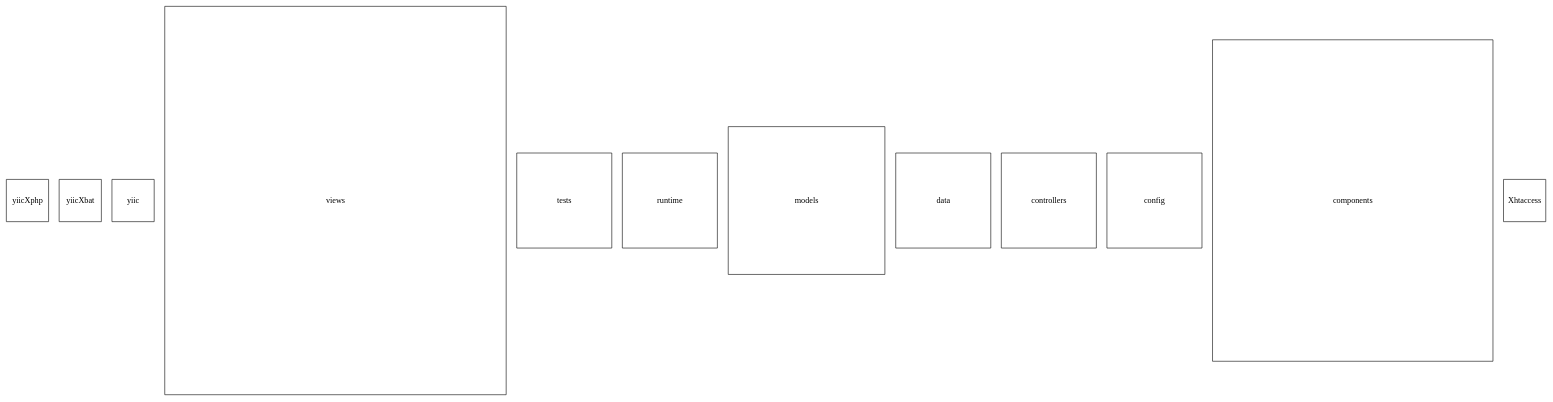
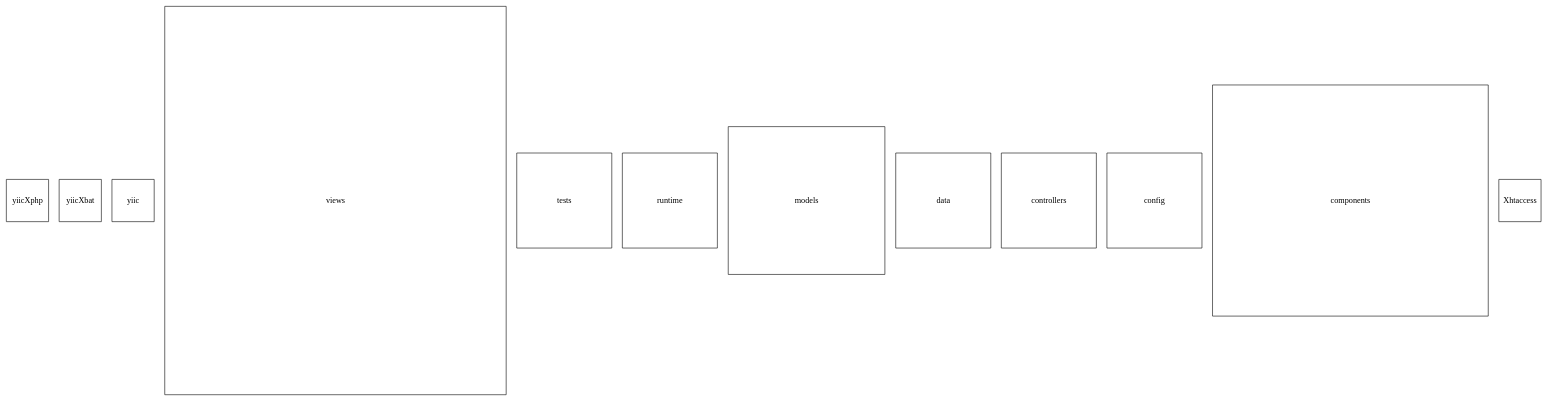
One commit to stefanrinderle/SoftViz3D changed the diagram in x3d/temp.dot. Above: the diagram before and after it, drawn with Graphviz. The commit also changed 9 other files, not shown here.

Commit message:
refactoring of directory to dot parser with IMage_GraphViz pear class (class copied into application -> no dependency)

```diff
--- a/x3d/temp.dot
+++ b/x3d/temp.dot
@@ -1,14 +1,14 @@
 digraph G {
 yiicXphp [shape="rectangle" width="1", height="1", fixedsize=true, type="leaf"];
 yiicXbat [shape="rectangle" width="1", height="1", fixedsize=true, type="leaf"];
 yiic [shape="rectangle" width="1", height="1", fixedsize=true, type="leaf"];
 views [shape="rectangle" width="8.08333333333", height="9.19444444444", fixedsize=true, type="node"];
 tests [shape="rectangle" width="2.25", height="2.25", fixedsize=true, type="node"];
 runtime [shape="rectangle" width="2.25", height="2.25", fixedsize=true, type="node"];
 models [shape="rectangle" width="3.70833333333", height="3.5", fixedsize=true, type="node"];
 data [shape="rectangle" width="2.25", height="2.25", fixedsize=true, type="node"];
 controllers [shape="rectangle" width="2.25", height="2.25", fixedsize=true, type="node"];
 config [shape="rectangle" width="2.25", height="2.25", fixedsize=true, type="node"];
-components [shape="rectangle" width="6.63888888889", height="7.61111111111", fixedsize=true, type="node"];
+components [shape="rectangle" width="6.52777777778", height="5.47222222222", fixedsize=true, type="node"];
 Xhtaccess [shape="rectangle" width="1", height="1", fixedsize=true, type="leaf"];
 }
```
